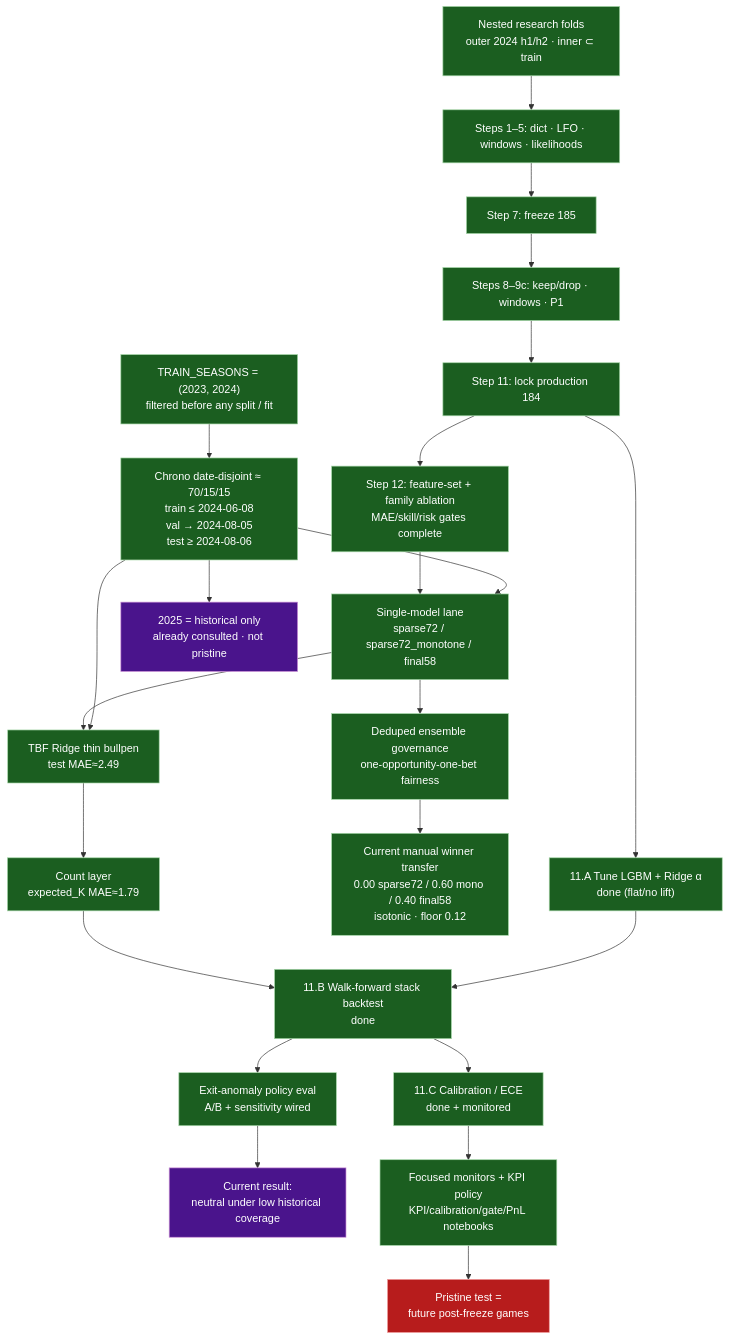
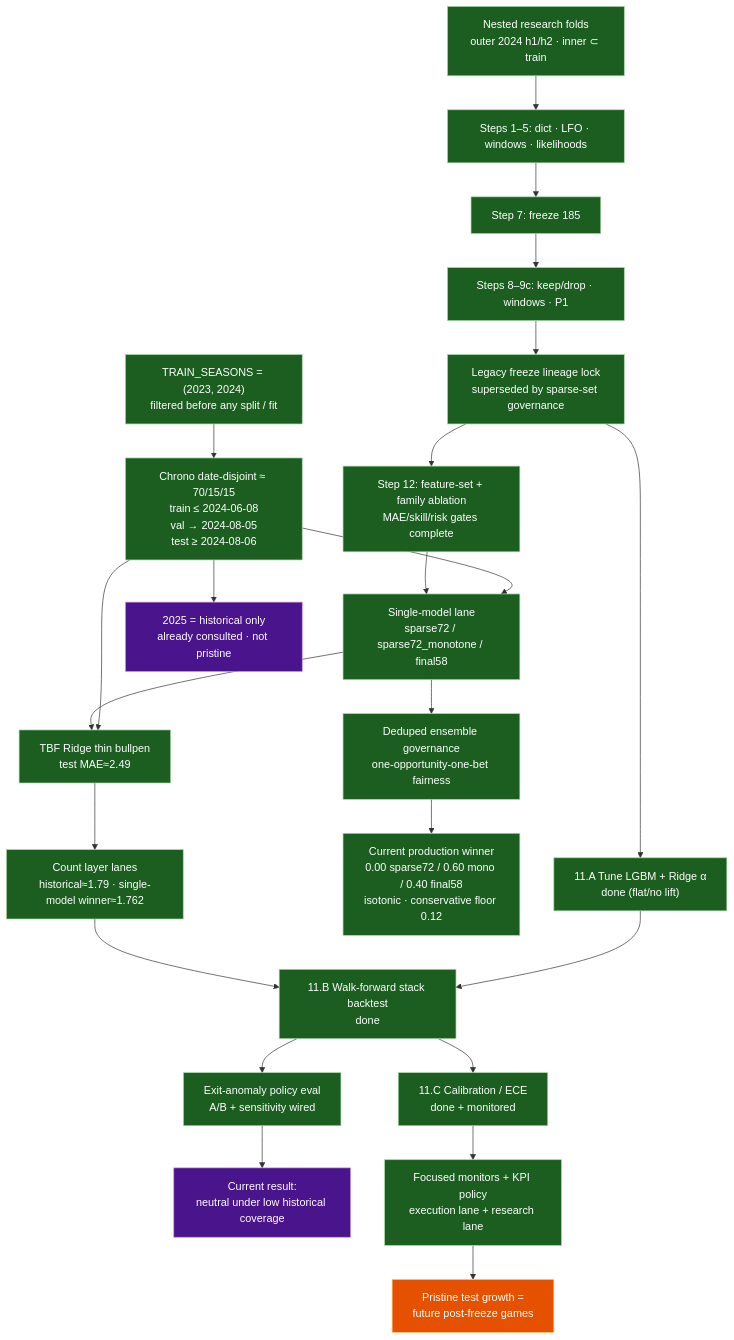
The diagram in docs/diagrams/03-modeling-and-evaluation.md (Cbkaplinger/MLB-Props), drawn with Mermaid before and after one commit. The commit also changed other lines of this file and 55 other files, not shown here.

First line of the commit message:
Refresh governance/docs structure and archive historical research snapshots.

````diff
--- a/docs/diagrams/03-modeling-and-evaluation.md
+++ b/docs/diagrams/03-modeling-and-evaluation.md
@@ -6,47 +6,47 @@
 ```mermaid
 flowchart TB
   classDef built fill:#1b5e20,stroke:#a5d6a7,color:#fff
   classDef partial fill:#e65100,stroke:#ffcc80,color:#fff
   classDef missing fill:#b71c1c,stroke:#ef9a9a,color:#fff
   classDef risk fill:#4a148c,stroke:#ce93d8,color:#fff
   classDef next fill:#01579b,stroke:#81d4fa,color:#fff
 
   SEAS["TRAIN_SEASONS = (2023, 2024)<br/>filtered before any split / fit"]:::built
   SPLIT["Chrono date-disjoint ≈ 70/15/15<br/>train ≤ 2024-06-08<br/>val → 2024-08-05<br/>test ≥ 2024-08-06"]:::built
   NEST["Nested research folds<br/>outer 2024 h1/h2 · inner ⊂ train"]:::built
 
   LGBM["Single-model lane<br/>sparse72 / sparse72_monotone / final58"]:::built
   TBF["TBF Ridge thin bullpen<br/>test MAE≈2.49"]:::built
-  CNT["Count layer<br/>expected_K MAE≈1.79"]:::built
+  CNT["Count layer lanes<br/>historical≈1.79 · single-model winner≈1.762"]:::built
   HOLD["2025 = historical only<br/>already consulted · not pristine"]:::risk
 
   S1["Steps 1–5: dict · LFO · windows · likelihoods"]:::built
   S7["Step 7: freeze 185"]:::built
   S89["Steps 8–9c: keep/drop · windows · P1"]:::built
-  S10["Step 11: lock production 184"]:::built
+  S10["Legacy freeze lineage lock<br/>superseded by sparse-set governance"]:::built
   S12["Step 12: feature-set + family ablation<br/>MAE/skill/risk gates complete"]:::built
   ENS["Deduped ensemble governance<br/>one-opportunity-one-bet fairness"]:::built
-  TOP["Current manual winner transfer<br/>0.00 sparse72 / 0.60 mono / 0.40 final58<br/>isotonic · floor 0.12"]:::built
+  TOP["Current production winner<br/>0.00 sparse72 / 0.60 mono / 0.40 final58<br/>isotonic · conservative floor 0.12"]:::built
 
   TUNE["11.A Tune LGBM + Ridge α<br/>done (flat/no lift)"]:::built
   WF["11.B Walk-forward stack backtest<br/>done"]:::built
   CAL["11.C Calibration / ECE<br/>done + monitored"]:::built
   ANOM["Exit-anomaly policy eval<br/>A/B + sensitivity wired"]:::built
   ANOMRES["Current result:<br/>neutral under low historical coverage"]:::risk
-  PMON["Focused monitors + KPI policy<br/>KPI/calibration/gate/PnL notebooks"]:::built
-  NEXT["Pristine test =<br/>future post-freeze games"]:::missing
+  PMON["Focused monitors + KPI policy<br/>execution lane + research lane"]:::built
+  NEXT["Pristine test growth =<br/>future post-freeze games"]:::partial
 
   SEAS --> SPLIT
   SPLIT --> LGBM
   SPLIT --> TBF
   SPLIT --> HOLD
   NEST --> S1
   S1 --> S7 --> S89 --> S10 --> S12
   S12 --> LGBM
   LGBM --> ENS --> TOP
   LGBM --> TBF --> CNT
   S10 --> TUNE --> WF --> CAL
   CNT --> WF
   CAL --> PMON --> NEXT
   WF --> ANOM --> ANOMRES
 ```
````
